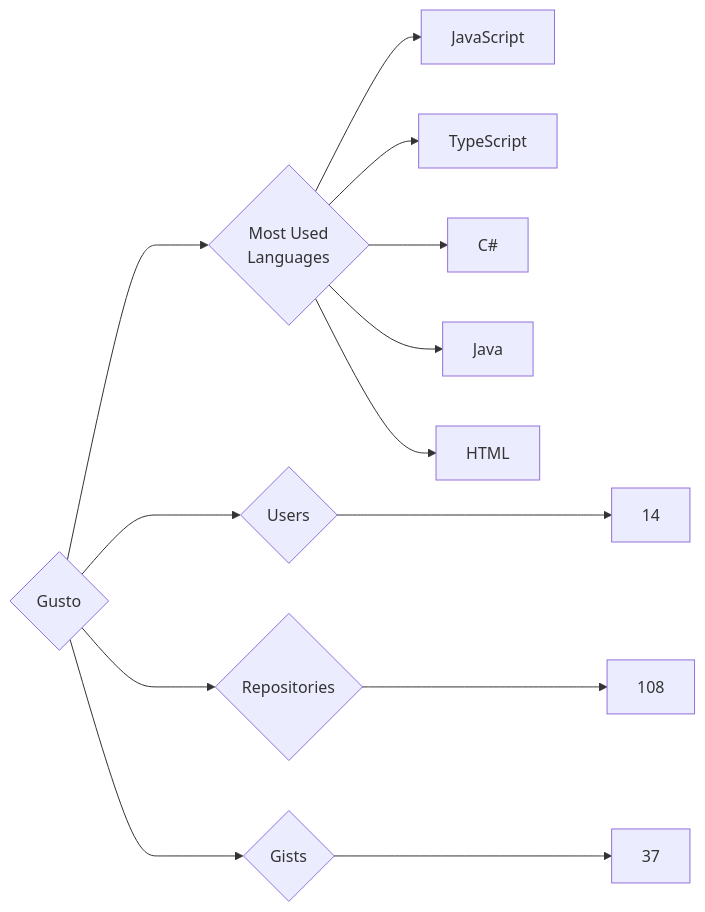
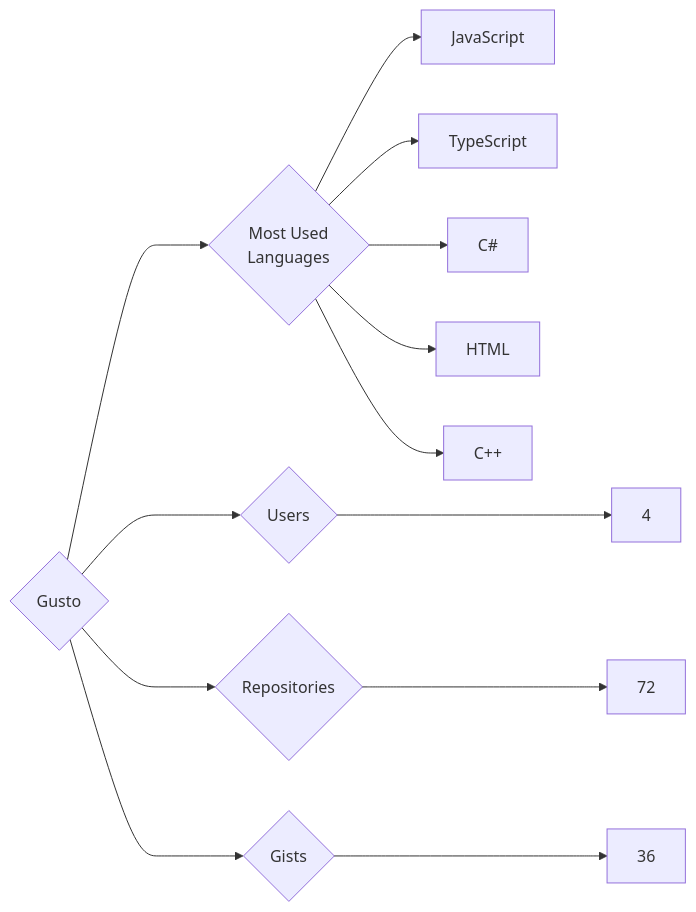
Before and after one commit to trickest/insiders: the diagram in targets/Gusto/README.md, drawn with Mermaid. The commit also changed 757 other files, not shown here.

````diff
--- a/targets/Gusto/README.md
+++ b/targets/Gusto/README.md
@@ -3,13 +3,13 @@
 ```mermaid
 graph LR
 COMPANY_NAME{Gusto}
-COMPANY_NAME ---> U{Users} ---> UN[14]
-COMPANY_NAME ---> R{Repositories} ---> RN[108]
-COMPANY_NAME ---> G{Gists} ---> GN[37]
+COMPANY_NAME ---> U{Users} ---> UN[4]
+COMPANY_NAME ---> R{Repositories} ---> RN[72]
+COMPANY_NAME ---> G{Gists} ---> GN[36]
 COMPANY_NAME ---> ML{Most Used<br>Languages}
 ML --> JavaScript[JavaScript]
 ML --> TypeScript[TypeScript]
 ML --> C#[C#]
-ML --> Java[Java]
 ML --> HTML[HTML]
+ML --> C++[C++]
 ```
````
